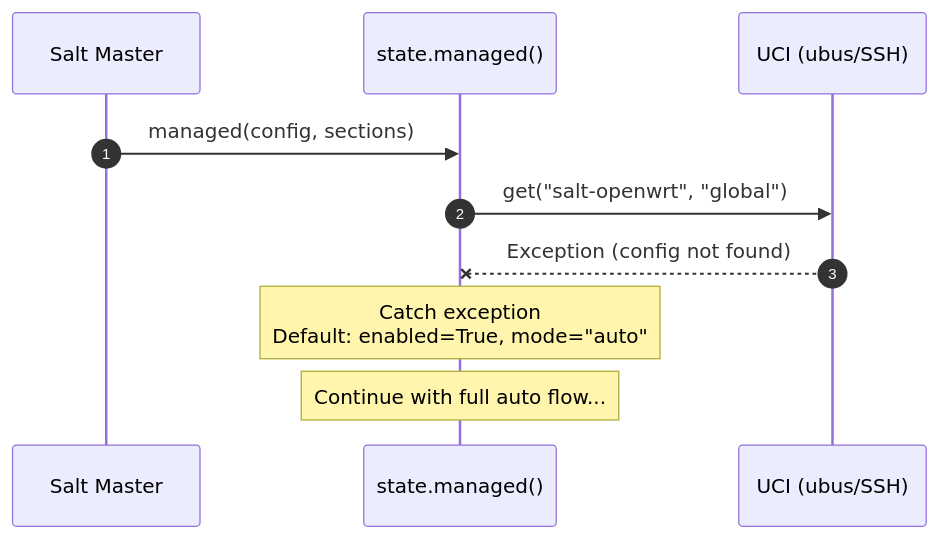
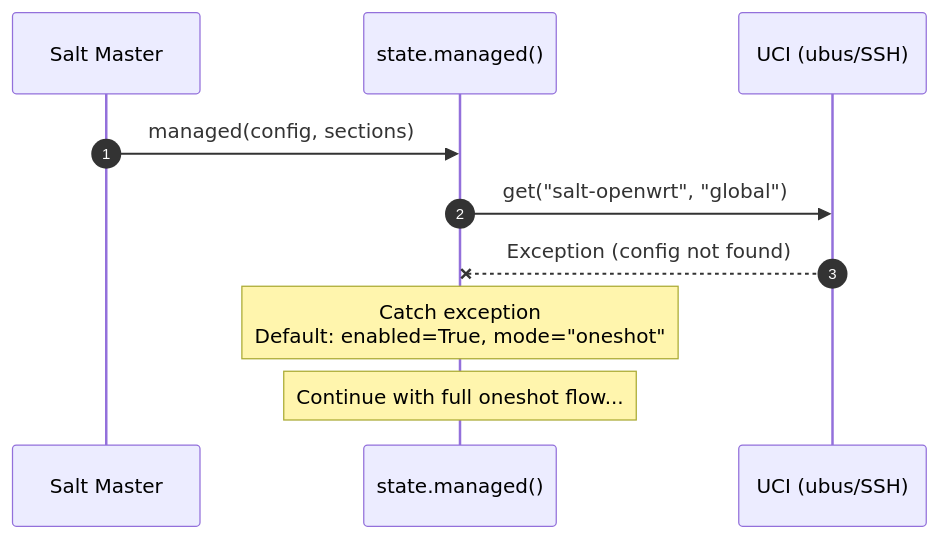
Before and after one commit to cprima-homelab/saltext-openwrt-ubus: the sixth of 7 diagrams in docs/topics/managed-flow.md, drawn with Mermaid. The commit also changed other lines of this file and 6 other files, not shown here.

````diff
--- a/docs/topics/managed-flow.md
+++ b/docs/topics/managed-flow.md
@@ -287,15 +279,15 @@
 ```{mermaid}
 sequenceDiagram
     autonumber
     participant Master as Salt Master
     participant State as state.managed()
     participant UCI as UCI (ubus/SSH)
 
     Master->>State: managed(config, sections)
     State->>UCI: get("salt-openwrt", "global")
     UCI--xState: Exception (config not found)
 
-    Note over State: Catch exception<br/>Default: enabled=True, mode="auto"
+    Note over State: Catch exception<br/>Default: enabled=True, mode="oneshot"
 
-    Note over State: Continue with full auto flow...
+    Note over State: Continue with full oneshot flow...
 ```
````
